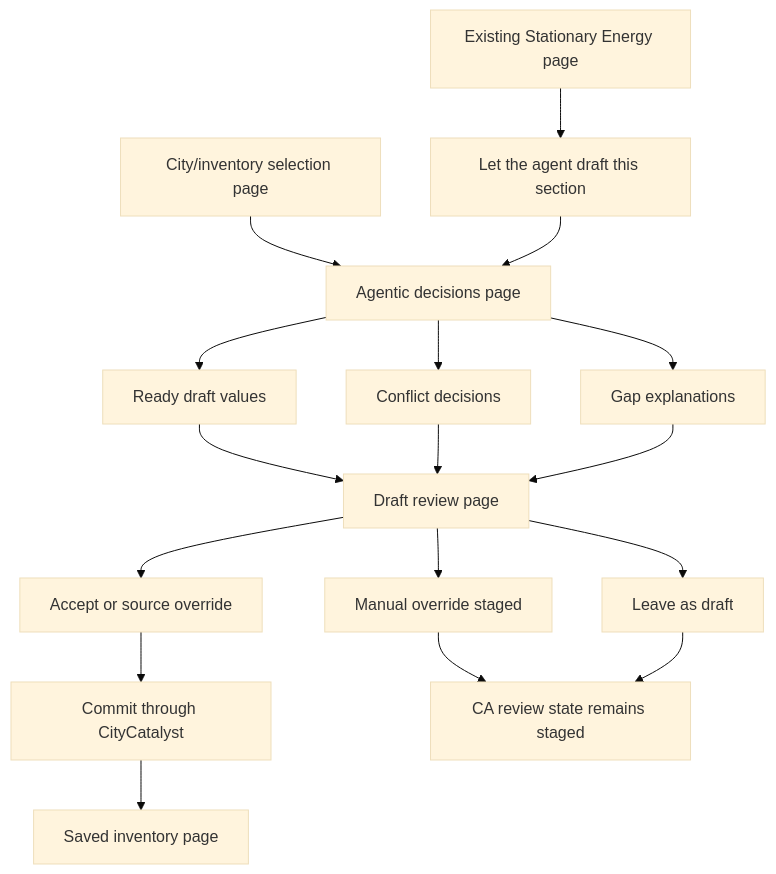
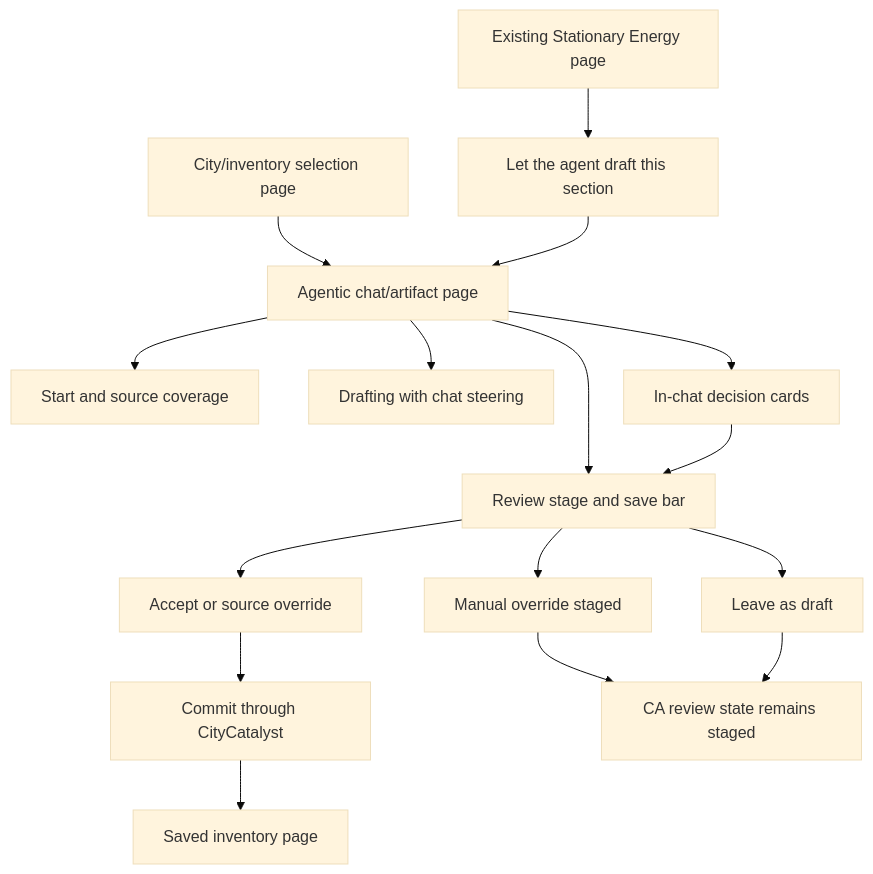
One commit to Open-Earth-Foundation/CityCatalyst changed the sixth of 6 diagrams in docs/plan.md. Above: the diagram before and after it, drawn with Mermaid (base theme). The commit also changed other lines of this file and 33 other files, not shown here.

````diff
--- a/docs/plan.md
+++ b/docs/plan.md
@@ -1060,19 +1104,18 @@
 ```mermaid
 flowchart TD
-  Launcher["City/inventory selection page"] --> Decisions["Agentic decisions page"]
+  Launcher["City/inventory selection page"] --> Flow["Agentic chat/artifact page"]
   Inventory["Existing Stationary Energy page"] --> CTA["Let the agent draft this section"]
-  CTA --> Decisions
-  Decisions --> Ready["Ready draft values"]
-  Decisions --> Conflict["Conflict decisions"]
-  Decisions --> Gap["Gap explanations"]
-  Ready --> Review["Draft review page"]
-  Conflict --> Review
-  Gap --> Review
+  CTA --> Flow
+  Flow --> Start["Start and source coverage"]
+  Flow --> Drafting["Drafting with chat steering"]
+  Flow --> Decision["In-chat decision cards"]
+  Flow --> Review["Review stage and save bar"]
+  Decision --> Review
   Review --> Accept["Accept or source override"]
   Review --> Manual["Manual override staged"]
   Review --> Leave["Leave as draft"]
   Accept --> Commit["Commit through CityCatalyst"]
   Commit --> Saved["Saved inventory page"]
   Manual --> ReviewState["CA review state remains staged"]
   Leave --> ReviewState
 ```
````
